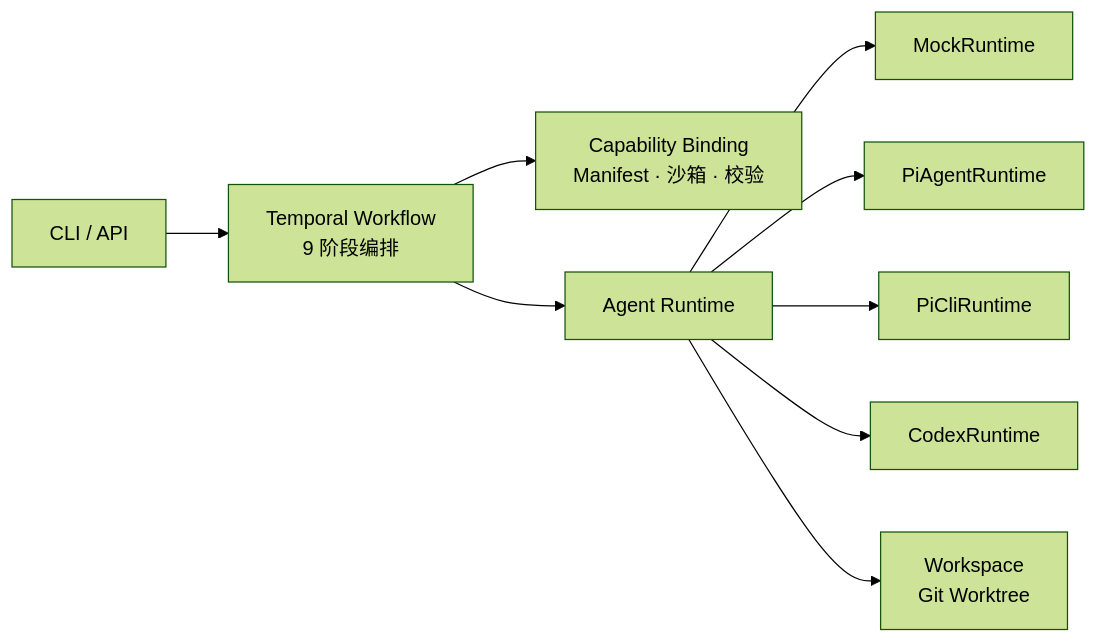
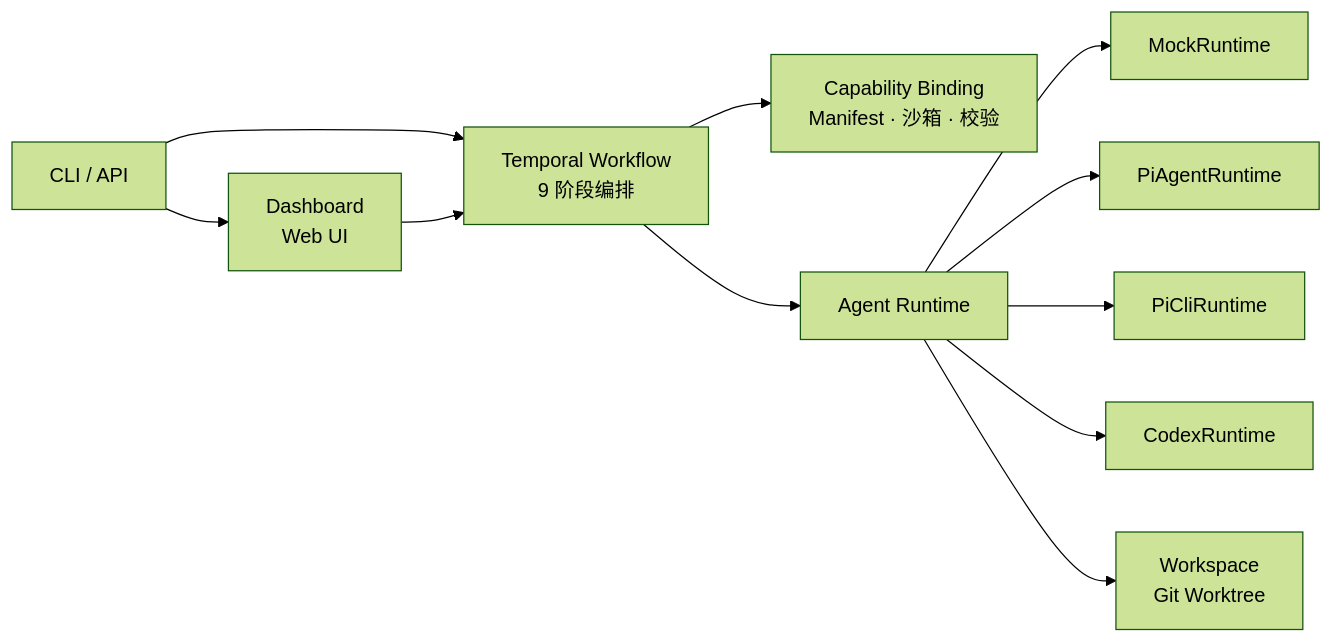
One commit to kitikousei/coding-harness changed the diagram in README.md. Above: the diagram before and after it, drawn with Mermaid (forest theme). The commit also changed other lines of this file, not shown here.

Commit message:
Add dashboard, init-env.sh, and Temporal Web UI to README

````diff
--- a/README.md
+++ b/README.md
@@ -7,11 +7,13 @@
 ```mermaid
 flowchart LR
     CLI[CLI / API] --> WF[Temporal Workflow<br/>9 阶段编排]
+    CLI --> DASH[Dashboard<br/>Web UI]
     WF --> CB[Capability Binding<br/>Manifest · 沙箱 · 校验]
     WF --> RT[Agent Runtime]
     RT --> Mock[MockRuntime]
     RT --> PiAgent[PiAgentRuntime]
     RT --> PiCLI[PiCliRuntime]
     RT --> Codex[CodexRuntime]
     RT --> WS[Workspace<br/>Git Worktree]
+    DASH --> WF
 ```
````
